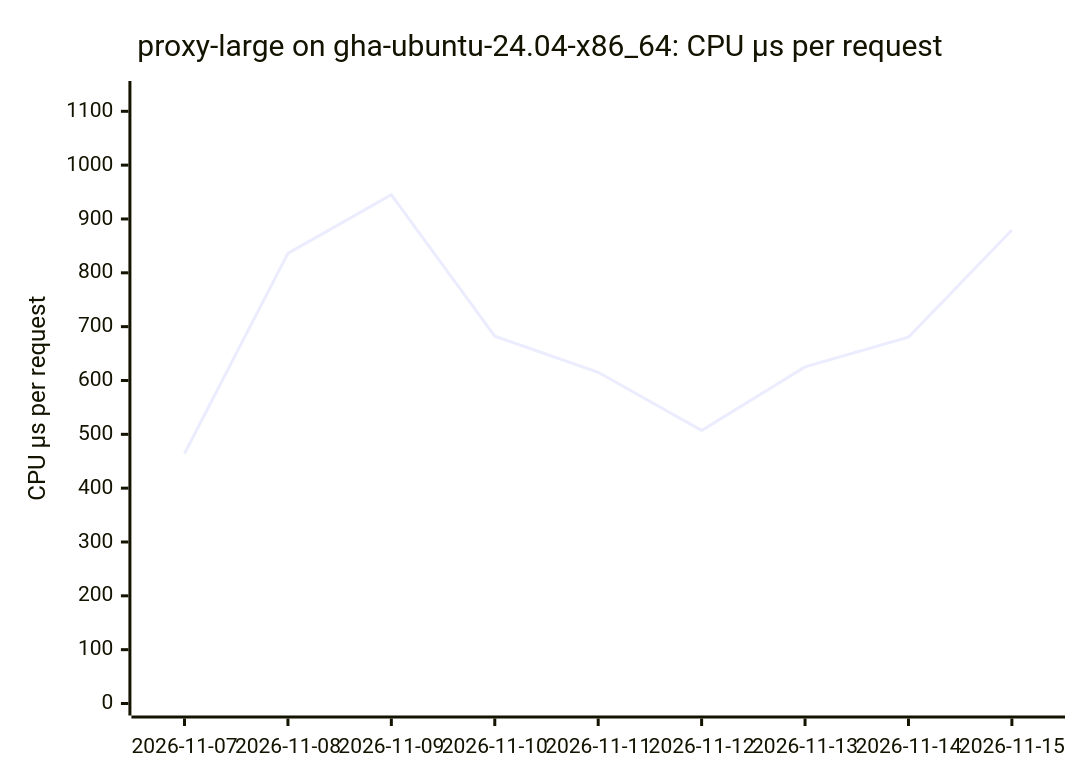
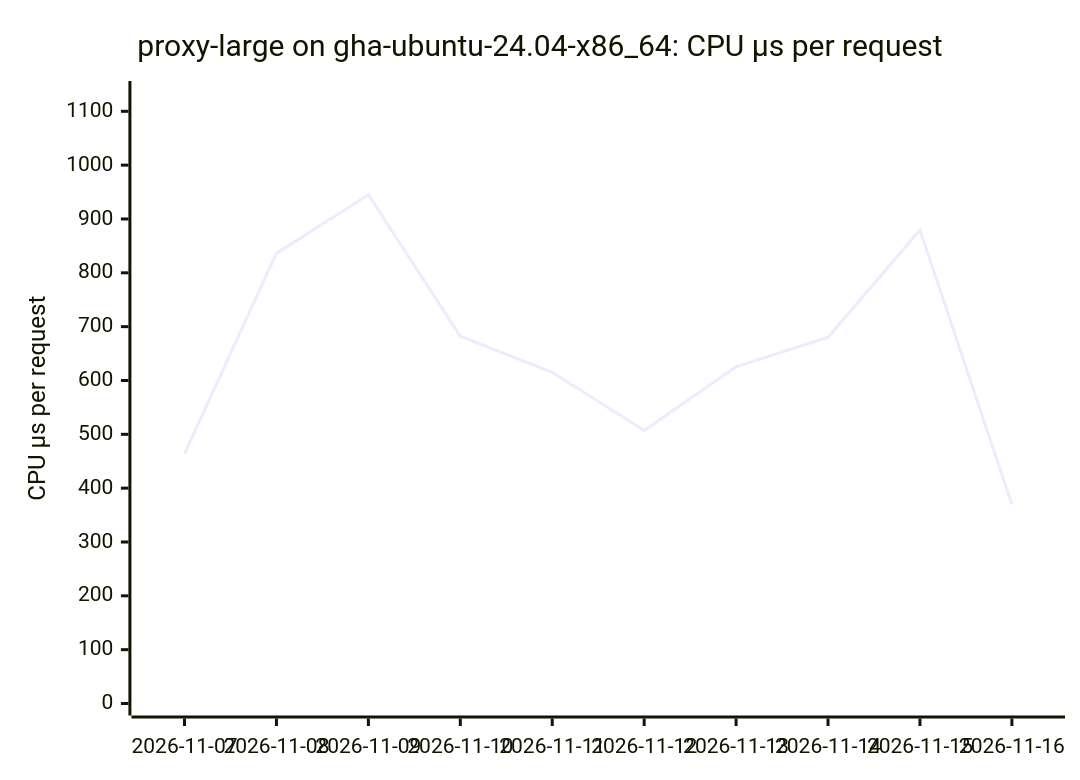
The sixth of 18 diagrams in BENCHMARKS.md (ThePixelPilgrim/durchlauferhitzer), drawn with Mermaid before and after one commit. The commit also changed other lines of this file and 1 other file, not shown here.

````diff
--- a/BENCHMARKS.md
+++ b/BENCHMARKS.md
@@ -76,7 +76,7 @@
 ```mermaid
 xychart-beta
   title "proxy-large on gha-ubuntu-24.04-x86_64: CPU µs per request"
-  x-axis ["2026-11-07", "2026-11-08", "2026-11-09", "2026-11-10", "2026-11-11", "2026-11-12", "2026-11-13", "2026-11-14", "2026-11-15"]
+  x-axis ["2026-11-07", "2026-11-08", "2026-11-09", "2026-11-10", "2026-11-11", "2026-11-12", "2026-11-13", "2026-11-14", "2026-11-15", "2026-11-16"]
   y-axis "CPU µs per request" 0 --> 1134
-  line [464.25, 836.13, 944.91, 682.24, 615.25, 507.25, 625.31, 680.39, 879.63]
+  line [464.25, 836.13, 944.91, 682.24, 615.25, 507.25, 625.31, 680.39, 879.63, 369.62]
 ```
````
